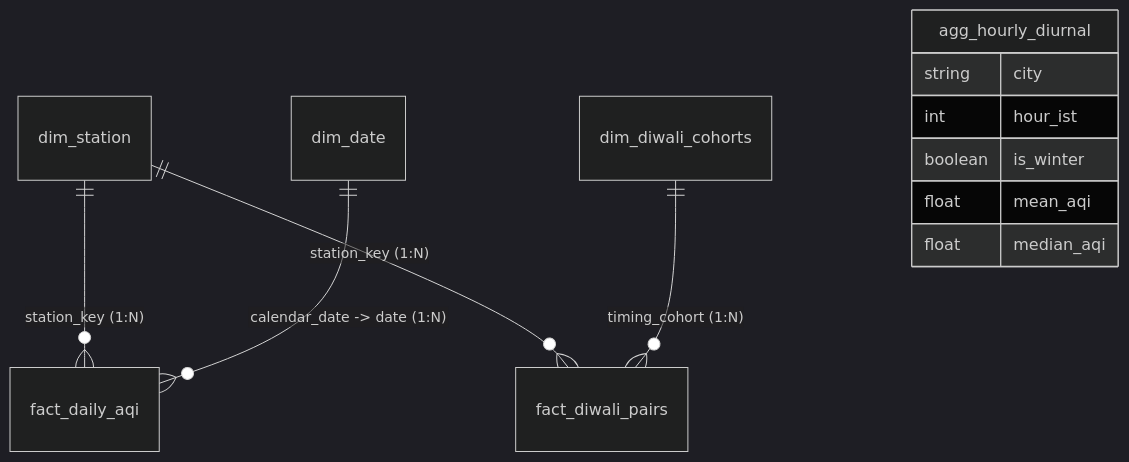
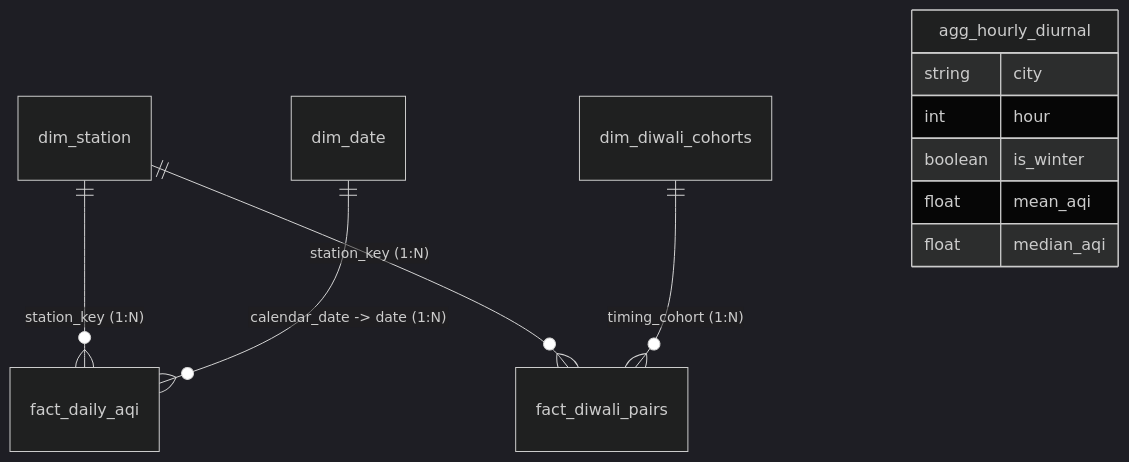
The diagram in docs/POWER_BI_FINAL_GUIDE.md (SomilKotnala/delhi-ncr-aqi-analysis), drawn with Mermaid (dark theme) before and after one commit. The commit also changed other lines of this file and 81 other files, not shown here.

````diff
--- a/docs/POWER_BI_FINAL_GUIDE.md
+++ b/docs/POWER_BI_FINAL_GUIDE.md
@@ -33,14 +34,14 @@
 ```mermaid
 erDiagram
     dim_station ||--o{ fact_daily_aqi : "station_key (1:N)"
     dim_date ||--o{ fact_daily_aqi : "calendar_date -> date (1:N)"
     dim_station ||--o{ fact_diwali_pairs : "station_key (1:N)"
     dim_diwali_cohorts ||--o{ fact_diwali_pairs : "timing_cohort (1:N)"
     agg_hourly_diurnal {
         string city
-        int hour_ist
+        int hour
         boolean is_winter
         float mean_aqi
         float median_aqi
     }
 ```
````
